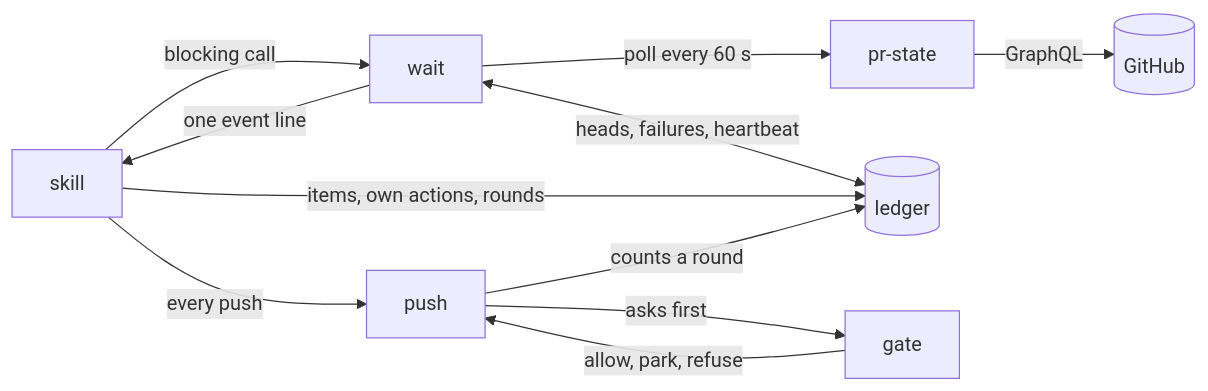
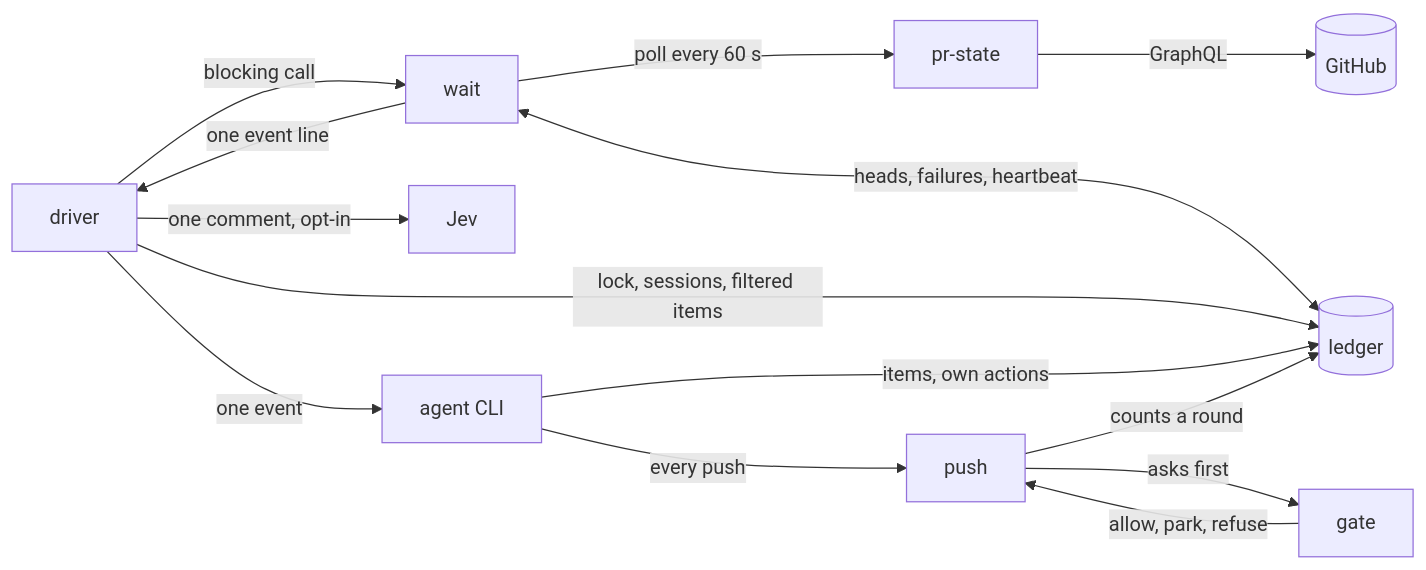
Before and after one commit to maro114510/skills: the first of 2 diagrams in docs/design/babysit.md, drawn with Mermaid. The commit also changed other lines of this file, not shown here.

First line of the commit message:
docs(babysit): design the goal driver

````diff
--- a/docs/design/babysit.md
+++ b/docs/design/babysit.md
@@ -14,13 +34,16 @@
 ```mermaid
 flowchart LR
-  S["skill"] -->|"blocking call"| W["wait"]
-  W -->|"one event line"| S
+  D["driver"] -->|"blocking call"| W["wait"]
+  W -->|"one event line"| D
   W -->|"poll every 60 s"| P["pr-state"]
   P -->|"GraphQL"| G[(GitHub)]
   W <-->|"heads, failures, heartbeat"| L[("ledger")]
-  S -->|"items, own actions, rounds"| L
-  S -->|"every push"| U["push"]
+  D -->|"one comment, opt-in"| J["Jev"]
+  D -->|"lock, sessions, filtered items"| L
+  D -->|"one event"| A["agent CLI"]
+  A -->|"items, own actions"| L
+  A -->|"every push"| U["push"]
   U -->|"asks first"| X["gate"]
   X -->|"allow, park, refuse"| U
   U -->|"counts a round"| L
 ```
````
